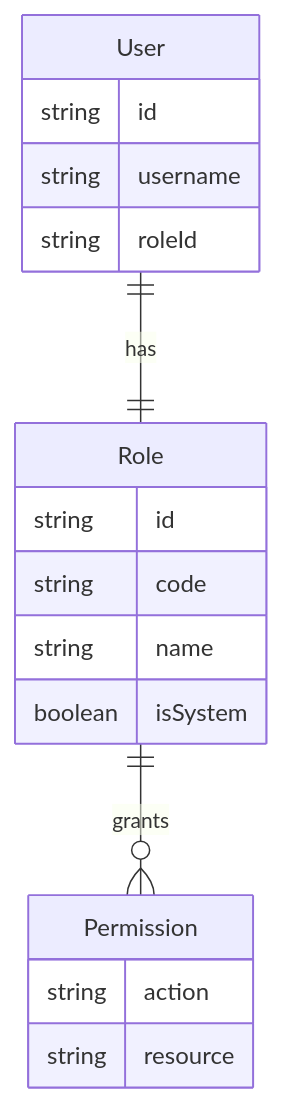
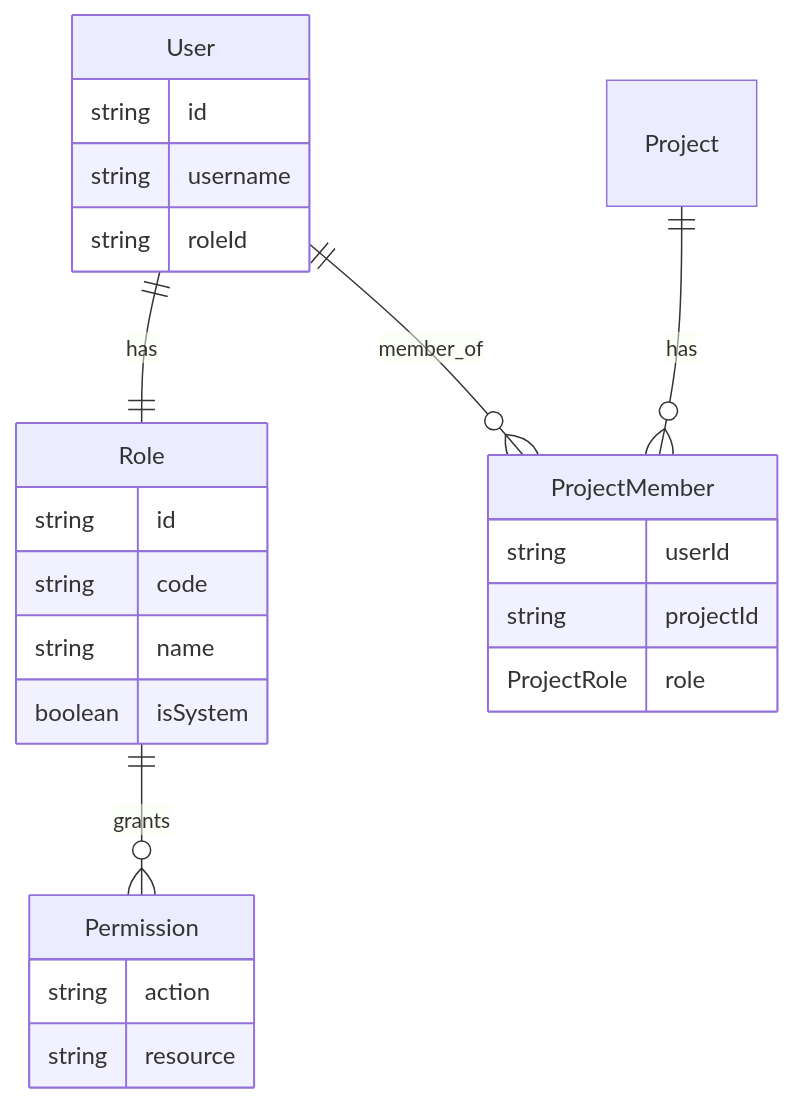
One commit to yunitok/dreamland-app changed the first of 2 diagrams in docs/modules/admin/rbac.md. Above: the diagram before and after it, drawn with Mermaid. The commit also changed other lines of this file and 1 other file, not shown here.

First line of the commit message:
docs: update RBAC and data model docs to reflect hybrid role refactor

````diff
--- a/docs/modules/admin/rbac.md
+++ b/docs/modules/admin/rbac.md
@@ -14,22 +19,31 @@
 ```mermaid
 erDiagram
     User ||--|| Role : has
+    User ||--o{ ProjectMember : member_of
     Role ||--o{ Permission : grants
+    Project ||--o{ ProjectMember : has
+
     Permission {
         string action
         string resource
     }
-    
+
     User {
         string id
         string username
         string roleId
     }
-    
+
     Role {
         string id
         string code
         string name
         boolean isSystem
     }
+
+    ProjectMember {
+        string userId
+        string projectId
+        ProjectRole role
+    }
 ```
````
